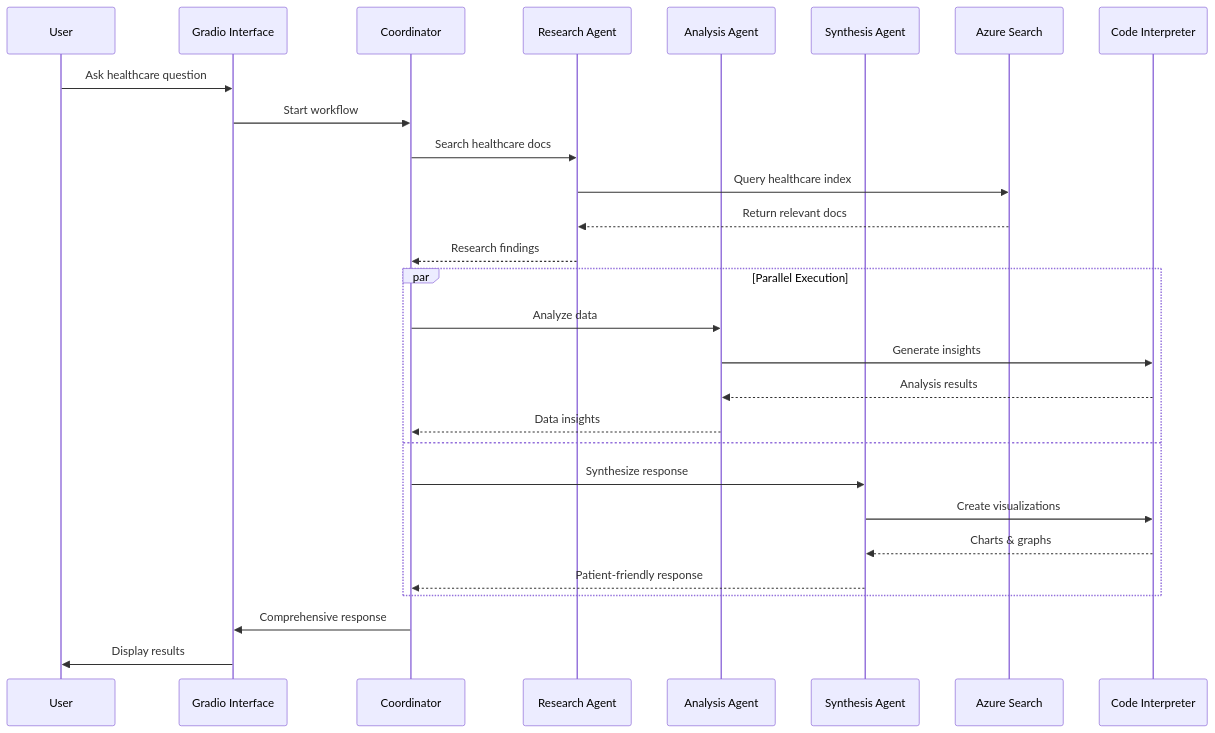
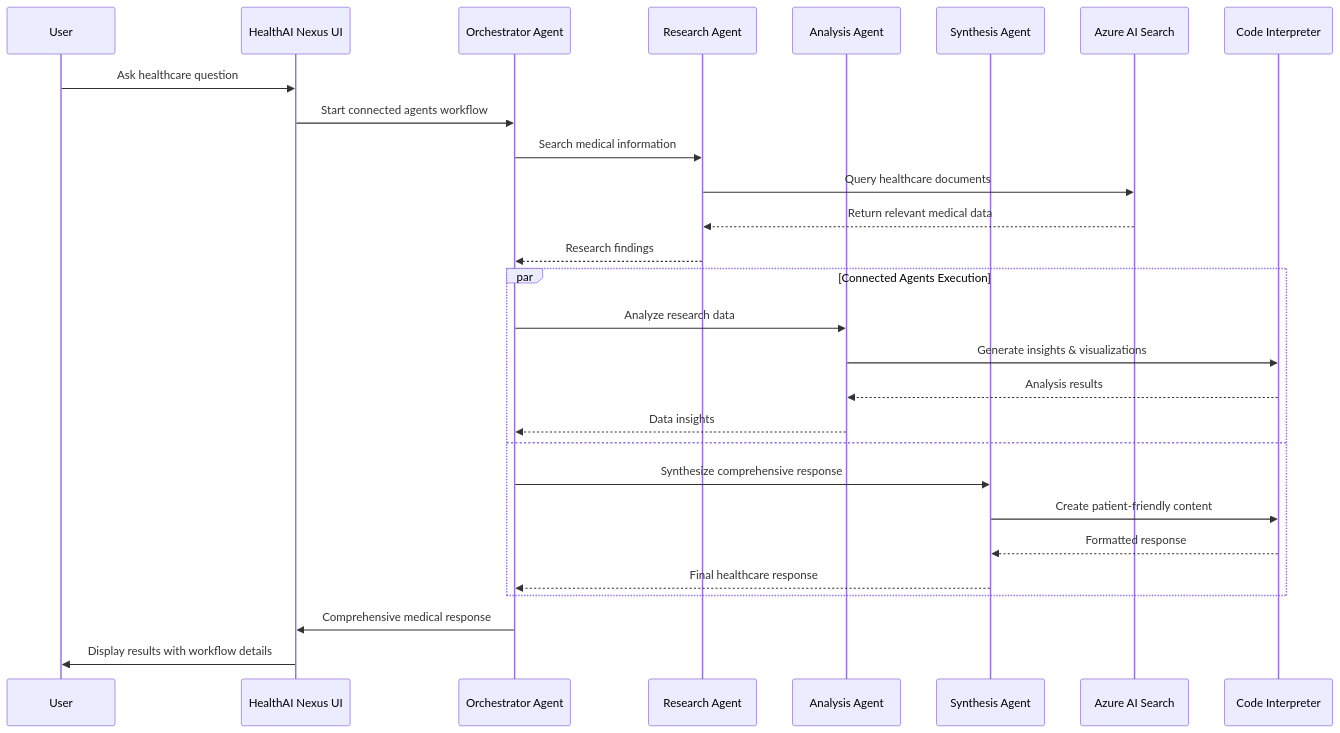
One commit to hamza-roujdami/mvp-to-ai-agent changed the second of 2 diagrams in agentic_rag/README.md. Above: the diagram before and after it, drawn with Mermaid. The commit also changed other lines of this file and 25 other files, not shown here.

First line of the commit message:
🏥 HealthAI Nexus: Clean production-ready healthcare AI system

````diff
--- a/agentic_rag/README.md
+++ b/agentic_rag/README.md
@@ -32,34 +45,34 @@
 ```mermaid
 sequenceDiagram
     participant U as User
-    participant UI as Gradio Interface
-    participant C as Coordinator
+    participant UI as HealthAI Nexus UI
+    participant O as Orchestrator Agent
     participant R as Research Agent
     participant A as Analysis Agent
     participant S as Synthesis Agent
-    participant AS as Azure Search
+    participant AS as Azure AI Search
     participant CI as Code Interpreter
     
     U->>UI: Ask healthcare question
-    UI->>C: Start workflow
+    UI->>O: Start connected agents workflow
     
-    C->>R: Search healthcare docs
-    R->>AS: Query healthcare index
-    AS-->>R: Return relevant docs
-    R-->>C: Research findings
+    O->>R: Search medical information
+    R->>AS: Query healthcare documents
+    AS-->>R: Return relevant medical data
+    R-->>O: Research findings
     
-    par Parallel Execution
-        C->>A: Analyze data
-        A->>CI: Generate insights
+    par Connected Agents Execution
+        O->>A: Analyze research data
+        A->>CI: Generate insights & visualizations
         CI-->>A: Analysis results
-        A-->>C: Data insights
+        A-->>O: Data insights
     and
-        C->>S: Synthesize response
-        S->>CI: Create visualizations
-        CI-->>S: Charts & graphs
-        S-->>C: Patient-friendly response
+        O->>S: Synthesize comprehensive response
+        S->>CI: Create patient-friendly content
+        CI-->>S: Formatted response
+        S-->>O: Final healthcare response
     end
     
-    C->>UI: Comprehensive response
-    UI->>U: Display results
+    O->>UI: Comprehensive medical response
+    UI->>U: Display results with workflow details
 ```
````
